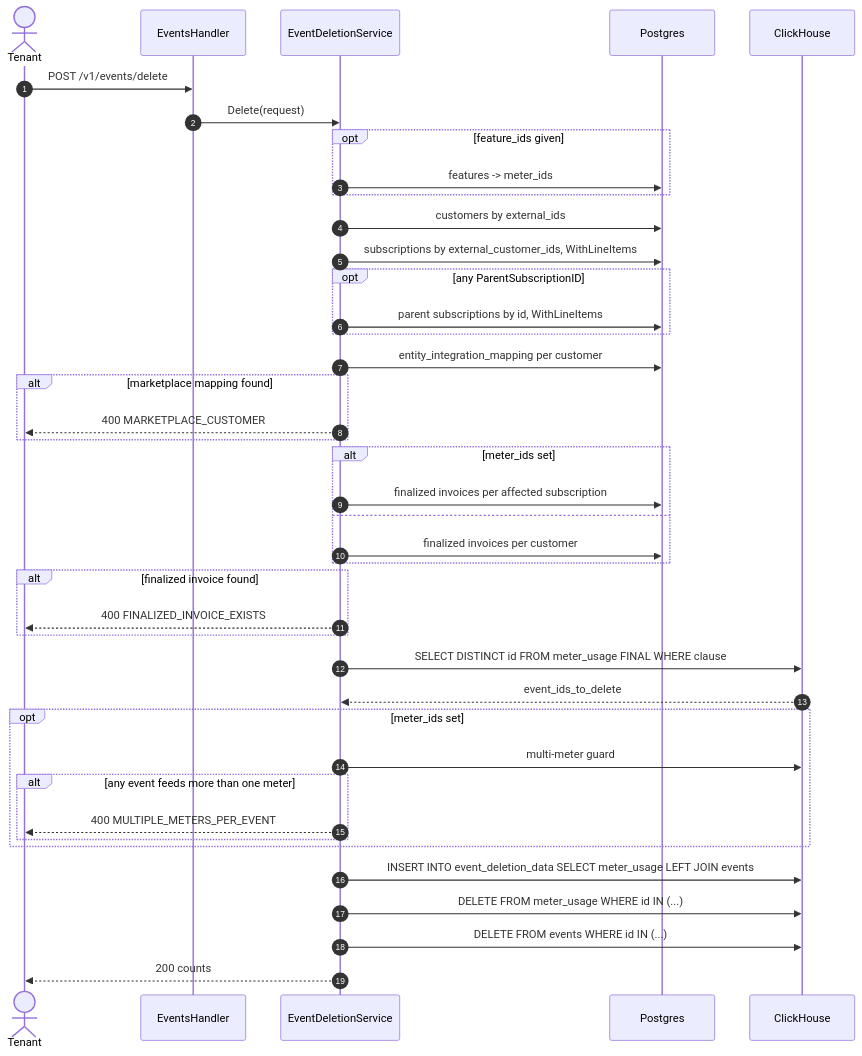
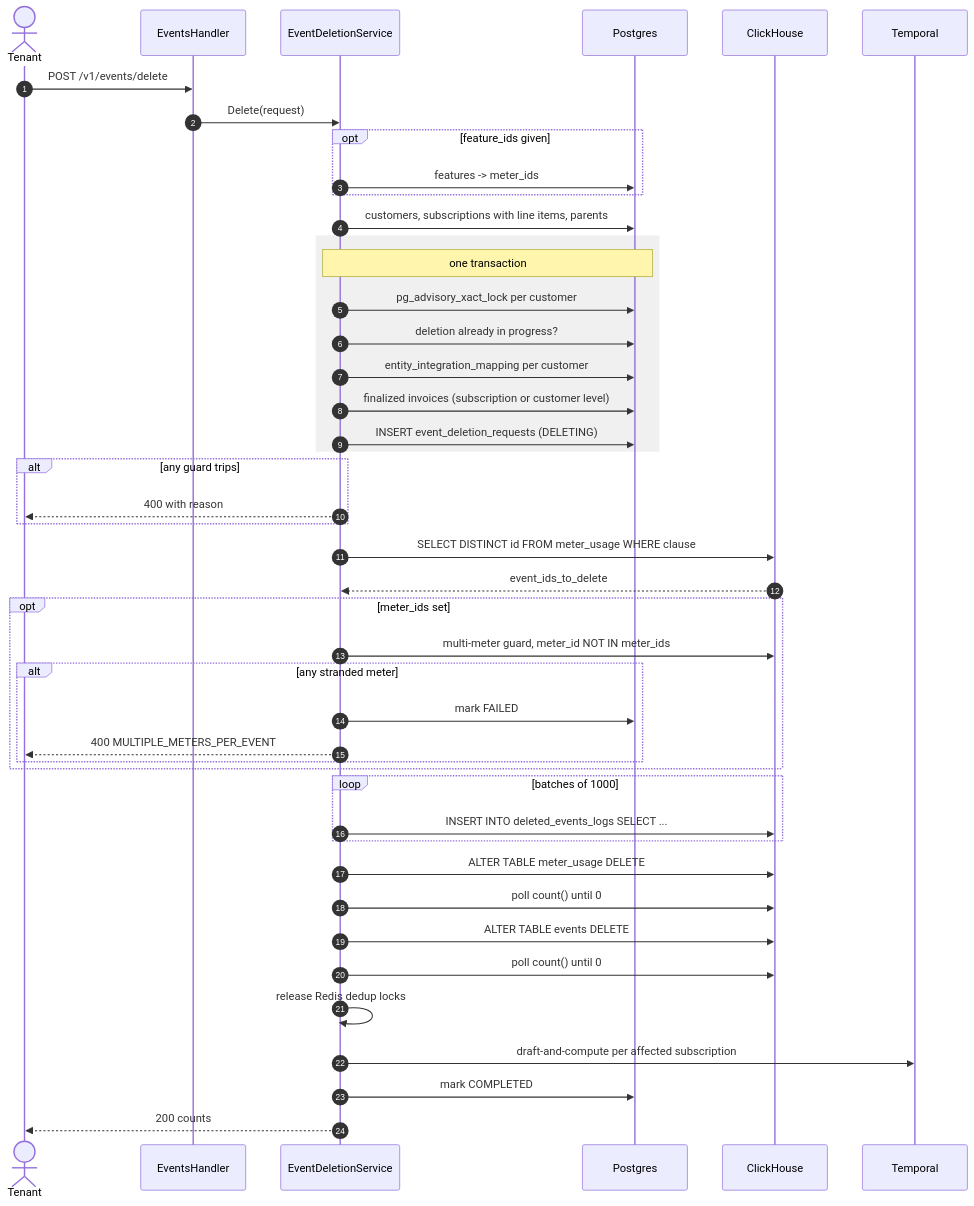
The diagram in docs/design/2026-09-29-FLE-687-events-deletion.md (subratsahilgupta/flexprice), drawn with Mermaid before and after one commit. The commit also changed other lines of this file, not shown here.

Commit message:
refine(events): enhance documentation for bulk event deletion API, detailing execution phases, consumer groups, and request handling rules

````diff
--- a/docs/design/2026-09-29-FLE-687-events-deletion.md
+++ b/docs/design/2026-09-29-FLE-687-events-deletion.md
@@ -267,51 +447,56 @@
 ```mermaid
 sequenceDiagram
     autonumber
     actor T as Tenant
     participant API as EventsHandler
     participant SVC as EventDeletionService
     participant PG as Postgres
     participant CH as ClickHouse
+    participant TMP as Temporal
 
     T->>API: POST /v1/events/delete
     API->>SVC: Delete(request)
 
     opt feature_ids given
         SVC->>PG: features -> meter_ids
     end
+    SVC->>PG: customers, subscriptions with line items, parents
 
-    SVC->>PG: customers by external_ids
-    SVC->>PG: subscriptions by external_customer_ids, WithLineItems
-    opt any ParentSubscriptionID
-        SVC->>PG: parent subscriptions by id, WithLineItems
+    rect rgb(240,240,240)
+    note over SVC,PG: one transaction
+    SVC->>PG: pg_advisory_xact_lock per customer
+    SVC->>PG: deletion already in progress?
+    SVC->>PG: entity_integration_mapping per customer
+    SVC->>PG: finalized invoices (subscription or customer level)
+    SVC->>PG: INSERT event_deletion_requests (DELETING)
     end
 
-    SVC->>PG: entity_integration_mapping per customer
-    alt marketplace mapping found
-        SVC-->>T: 400 MARKETPLACE_CUSTOMER
+    alt any guard trips
+        SVC-->>T: 400 with reason
     end
 
-    alt meter_ids set
-        SVC->>PG: finalized invoices per affected subscription
-    else
-        SVC->>PG: finalized invoices per customer
-    end
-    alt finalized invoice found
-        SVC-->>T: 400 FINALIZED_INVOICE_EXISTS
-    end
-
-    SVC->>CH: SELECT DISTINCT id FROM meter_usage FINAL WHERE clause
+    SVC->>CH: SELECT DISTINCT id FROM meter_usage WHERE clause
     CH-->>SVC: event_ids_to_delete
 
     opt meter_ids set
-        SVC->>CH: multi-meter guard
-        alt any event feeds more than one meter
+        SVC->>CH: multi-meter guard, meter_id NOT IN meter_ids
+        alt any stranded meter
+            SVC->>PG: mark FAILED
             SVC-->>T: 400 MULTIPLE_METERS_PER_EVENT
         end
     end
 
-    SVC->>CH: INSERT INTO event_deletion_data SELECT meter_usage LEFT JOIN events
-    SVC->>CH: DELETE FROM meter_usage WHERE id IN (...)
-    SVC->>CH: DELETE FROM events WHERE id IN (...)
+    loop batches of 1000
+        SVC->>CH: INSERT INTO deleted_events_logs SELECT ...
+    end
+
+    SVC->>CH: ALTER TABLE meter_usage DELETE
+    SVC->>CH: poll count() until 0
+    SVC->>CH: ALTER TABLE events DELETE
+    SVC->>CH: poll count() until 0
+
+    SVC->>SVC: release Redis dedup locks
+    SVC->>TMP: draft-and-compute per affected subscription
+    SVC->>PG: mark COMPLETED
     SVC-->>T: 200 counts
 ```
````
